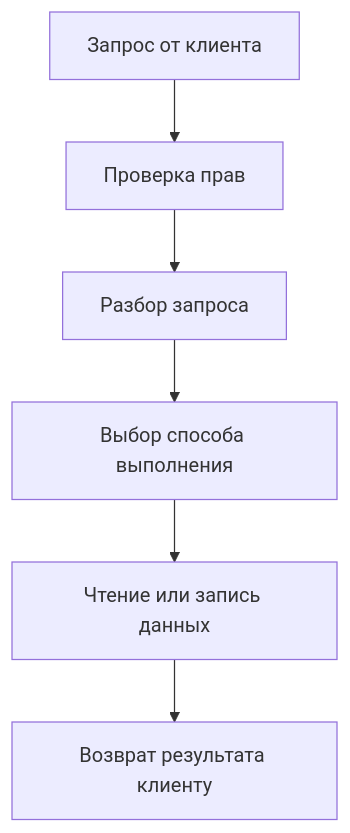
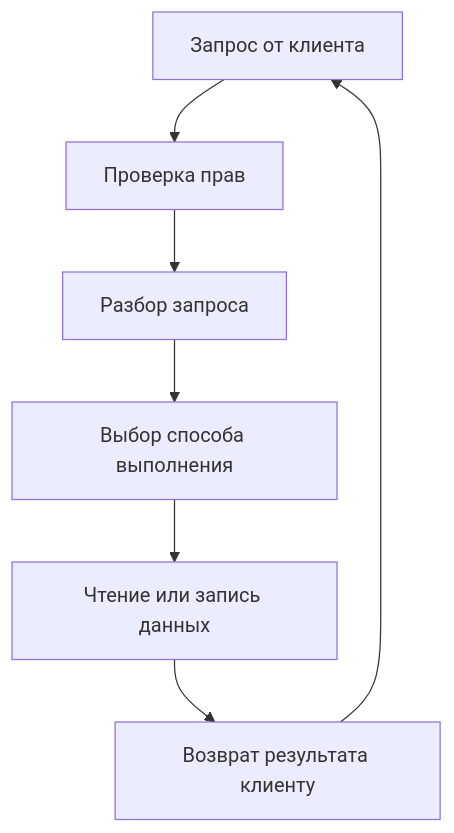
One commit to vshp-online/it.vshp.online changed the second of 2 diagrams in disciplines/it03/lectures/16_lecture.md. Above: the diagram before and after it, drawn with Mermaid. The commit also changed other lines of this file, not shown here.

````diff
--- a/disciplines/it03/lectures/16_lecture.md
+++ b/disciplines/it03/lectures/16_lecture.md
@@ -45,8 +40,9 @@
 ```mermaid
 flowchart TB
   A[Запрос от клиента] --> B[Проверка прав]
   B --> C[Разбор запроса]
   C --> D[Выбор способа выполнения]
   D --> E[Чтение или запись данных]
   E --> F[Возврат результата клиенту]
+  F --> A
 ```
````
